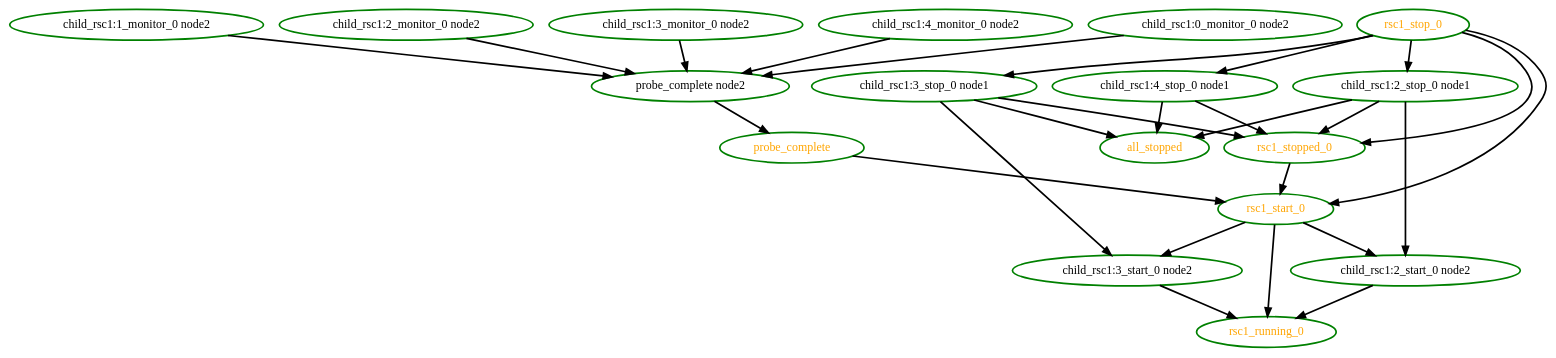
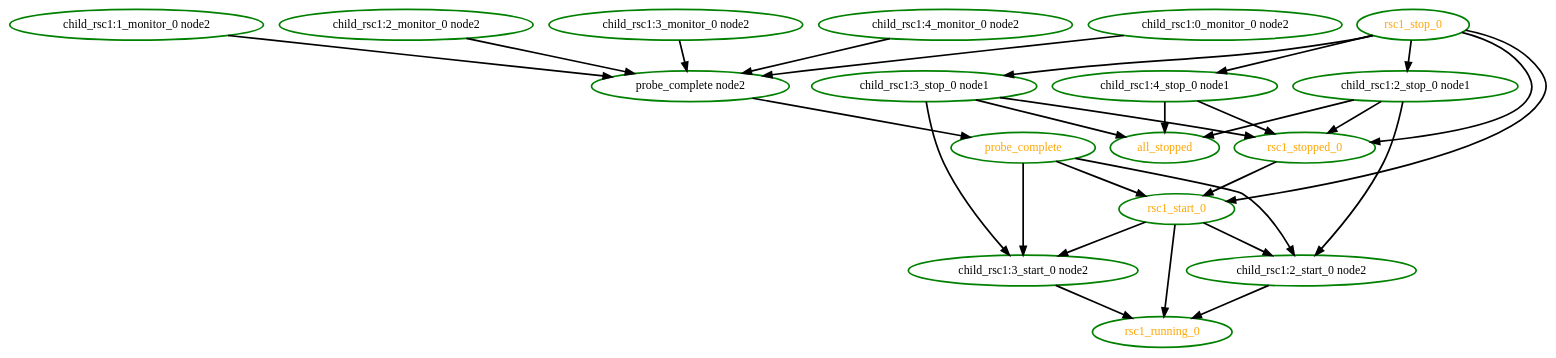
Before and after one commit to linux-ha-japan/pm_diskd: the diagram in pengine/testcases/inc2.dot, drawn with Graphviz. The commit also changed 75 other files, not shown here.

Commit message:
High: PE: Bug PM-11 - Directly link probe_complete to starting clone instances Also prevented the erroneous setting of rsc->role = Slave (when the resource was actually stopped) to remove any posibilty of it causing problems.

```diff
--- a/pengine/testcases/inc2.dot
+++ b/pengine/testcases/inc2.dot
@@ -1,45 +1,47 @@
  digraph "g" {
 "all_stopped" [ style=bold color="green" fontcolor="orange"  ]
 "child_rsc1:0_monitor_0 node2" -> "probe_complete node2" [ style = bold]
 "child_rsc1:0_monitor_0 node2" [ style=bold color="green" fontcolor="black" ]
 "child_rsc1:1_monitor_0 node2" -> "probe_complete node2" [ style = bold]
 "child_rsc1:1_monitor_0 node2" [ style=bold color="green" fontcolor="black" ]
 "child_rsc1:2_monitor_0 node2" -> "probe_complete node2" [ style = bold]
 "child_rsc1:2_monitor_0 node2" [ style=bold color="green" fontcolor="black" ]
 "child_rsc1:2_start_0 node2" -> "rsc1_running_0" [ style = bold]
 "child_rsc1:2_start_0 node2" [ style=bold color="green" fontcolor="black" ]
 "child_rsc1:2_stop_0 node1" -> "all_stopped" [ style = bold]
 "child_rsc1:2_stop_0 node1" -> "child_rsc1:2_start_0 node2" [ style = bold]
 "child_rsc1:2_stop_0 node1" -> "rsc1_stopped_0" [ style = bold]
 "child_rsc1:2_stop_0 node1" [ style=bold color="green" fontcolor="black" ]
 "child_rsc1:3_monitor_0 node2" -> "probe_complete node2" [ style = bold]
 "child_rsc1:3_monitor_0 node2" [ style=bold color="green" fontcolor="black" ]
 "child_rsc1:3_start_0 node2" -> "rsc1_running_0" [ style = bold]
 "child_rsc1:3_start_0 node2" [ style=bold color="green" fontcolor="black" ]
 "child_rsc1:3_stop_0 node1" -> "all_stopped" [ style = bold]
 "child_rsc1:3_stop_0 node1" -> "child_rsc1:3_start_0 node2" [ style = bold]
 "child_rsc1:3_stop_0 node1" -> "rsc1_stopped_0" [ style = bold]
 "child_rsc1:3_stop_0 node1" [ style=bold color="green" fontcolor="black" ]
 "child_rsc1:4_monitor_0 node2" -> "probe_complete node2" [ style = bold]
 "child_rsc1:4_monitor_0 node2" [ style=bold color="green" fontcolor="black" ]
 "child_rsc1:4_stop_0 node1" -> "all_stopped" [ style = bold]
 "child_rsc1:4_stop_0 node1" -> "rsc1_stopped_0" [ style = bold]
 "child_rsc1:4_stop_0 node1" [ style=bold color="green" fontcolor="black" ]
 "probe_complete node2" -> "probe_complete" [ style = bold]
 "probe_complete node2" [ style=bold color="green" fontcolor="black" ]
+"probe_complete" -> "child_rsc1:2_start_0 node2" [ style = bold]
+"probe_complete" -> "child_rsc1:3_start_0 node2" [ style = bold]
 "probe_complete" -> "rsc1_start_0" [ style = bold]
 "probe_complete" [ style=bold color="green" fontcolor="orange" ]
 "rsc1_running_0" [ style=bold color="green" fontcolor="orange" ]
 "rsc1_start_0" -> "child_rsc1:2_start_0 node2" [ style = bold]
 "rsc1_start_0" -> "child_rsc1:3_start_0 node2" [ style = bold]
 "rsc1_start_0" -> "rsc1_running_0" [ style = bold]
 "rsc1_start_0" [ style=bold color="green" fontcolor="orange" ]
 "rsc1_stop_0" -> "child_rsc1:2_stop_0 node1" [ style = bold]
 "rsc1_stop_0" -> "child_rsc1:3_stop_0 node1" [ style = bold]
 "rsc1_stop_0" -> "child_rsc1:4_stop_0 node1" [ style = bold]
 "rsc1_stop_0" -> "rsc1_start_0" [ style = bold]
 "rsc1_stop_0" -> "rsc1_stopped_0" [ style = bold]
 "rsc1_stop_0" [ style=bold color="green" fontcolor="orange" ]
 "rsc1_stopped_0" -> "rsc1_start_0" [ style = bold]
 "rsc1_stopped_0" [ style=bold color="green" fontcolor="orange" ]
 }
```
